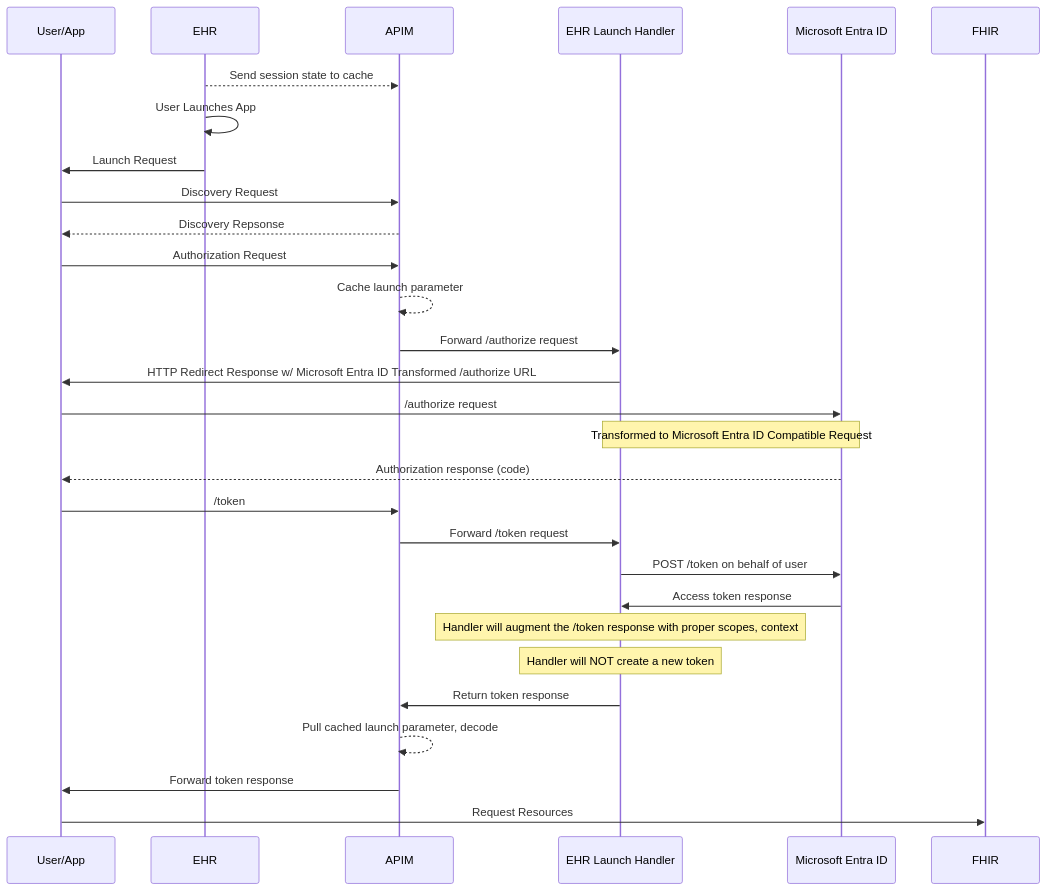
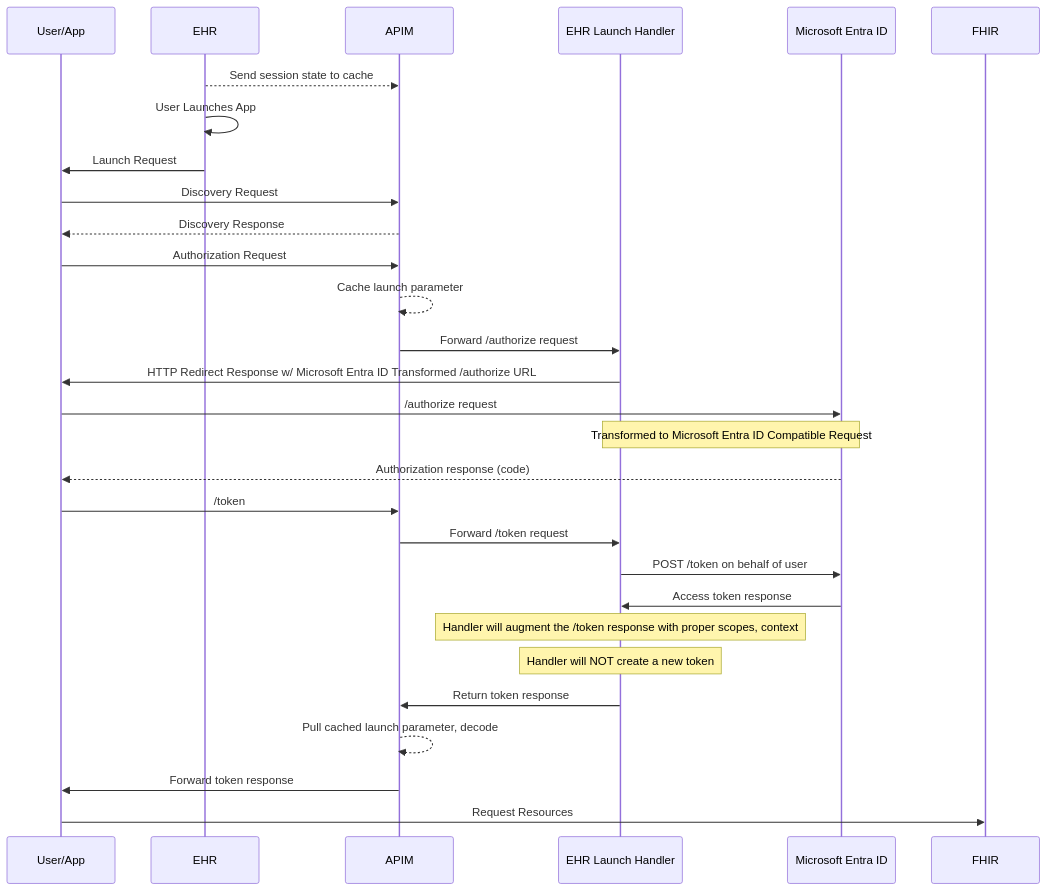
One commit to Azure-Samples/azure-health-data-and-ai-samples changed the second of 4 diagrams in samples/patientandpopulationservices-smartonfhir-oncg10/docs/technical-guide.md. Above: the diagram before and after it, drawn with Mermaid. The commit also changed other lines of this file and 10 other files, not shown here.

````diff
--- a/samples/patientandpopulationservices-smartonfhir-oncg10/docs/technical-guide.md
+++ b/samples/patientandpopulationservices-smartonfhir-oncg10/docs/technical-guide.md
@@ -62,32 +62,32 @@
 ```mermaid
   sequenceDiagram
     participant User/App
     participant EHR
     participant APIM
     participant EHR Launch Handler
     participant Microsoft Entra ID
 
     EHR -->> APIM: Send session state to cache
     EHR ->> EHR: User Launches App
     EHR ->> User/App: Launch Request
 
     User/App ->> APIM: Discovery Request
-    APIM -->> User/App: Discovery Repsonse
+    APIM -->> User/App: Discovery Response
     User/App ->> APIM:  Authorization Request
     APIM -->> APIM: Cache launch parameter
     APIM ->> EHR Launch Handler: Forward /authorize request    
     EHR Launch Handler ->> User/App: HTTP Redirect Response w/ Microsoft Entra ID Transformed /authorize URL
     User/App ->> Microsoft Entra ID: /authorize request
     note over EHR Launch Handler, Microsoft Entra ID: Transformed to Microsoft Entra ID Compatible Request
     Microsoft Entra ID -->> User/App: Authorization response (code)
     User/App ->> APIM: /token
     APIM ->> EHR Launch Handler: Forward /token request
     EHR Launch Handler ->> Microsoft Entra ID: POST /token on behalf of user
     Microsoft Entra ID ->> EHR Launch Handler: Access token response
     note over EHR Launch Handler: Handler will augment the /token response with proper scopes, context
     note over EHR Launch Handler: Handler will NOT create a new token
     EHR Launch Handler ->> APIM: Return token response
     APIM -->> APIM: Pull cached launch parameter, decode
     APIM ->> User/App: Forward token response
     User/App ->> FHIR: Request Resources
 ```
````
